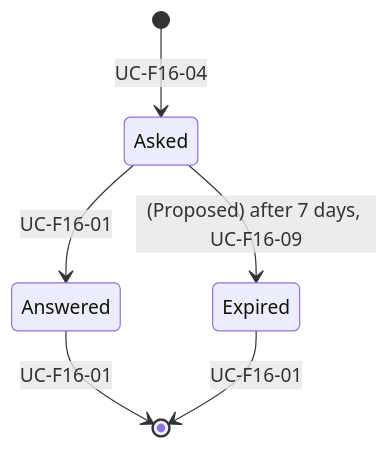
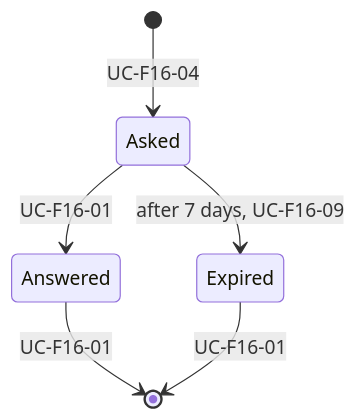
The second of 2 diagrams in docs/specs/02-functional/f16-customer-support-agents/data/e-f16-08-satisfaction-rating.md (gpbcom/SimpleERP), drawn with Mermaid before and after one commit. The commit also changed other lines of this file and 8816 other files, not shown here.

````diff
--- a/docs/specs/02-functional/f16-customer-support-agents/data/e-f16-08-satisfaction-rating.md
+++ b/docs/specs/02-functional/f16-customer-support-agents/data/e-f16-08-satisfaction-rating.md
@@ -30,8 +30,8 @@
 ```mermaid
 stateDiagram-v2
   [*] --> Asked : UC-F16-04
   Asked --> Answered : UC-F16-01
-  Asked --> Expired : (Proposed) after 7 days, UC-F16-09
+  Asked --> Expired : after 7 days, UC-F16-09
   Answered --> [*] : UC-F16-01
   Expired --> [*] : UC-F16-01
 ```
````
